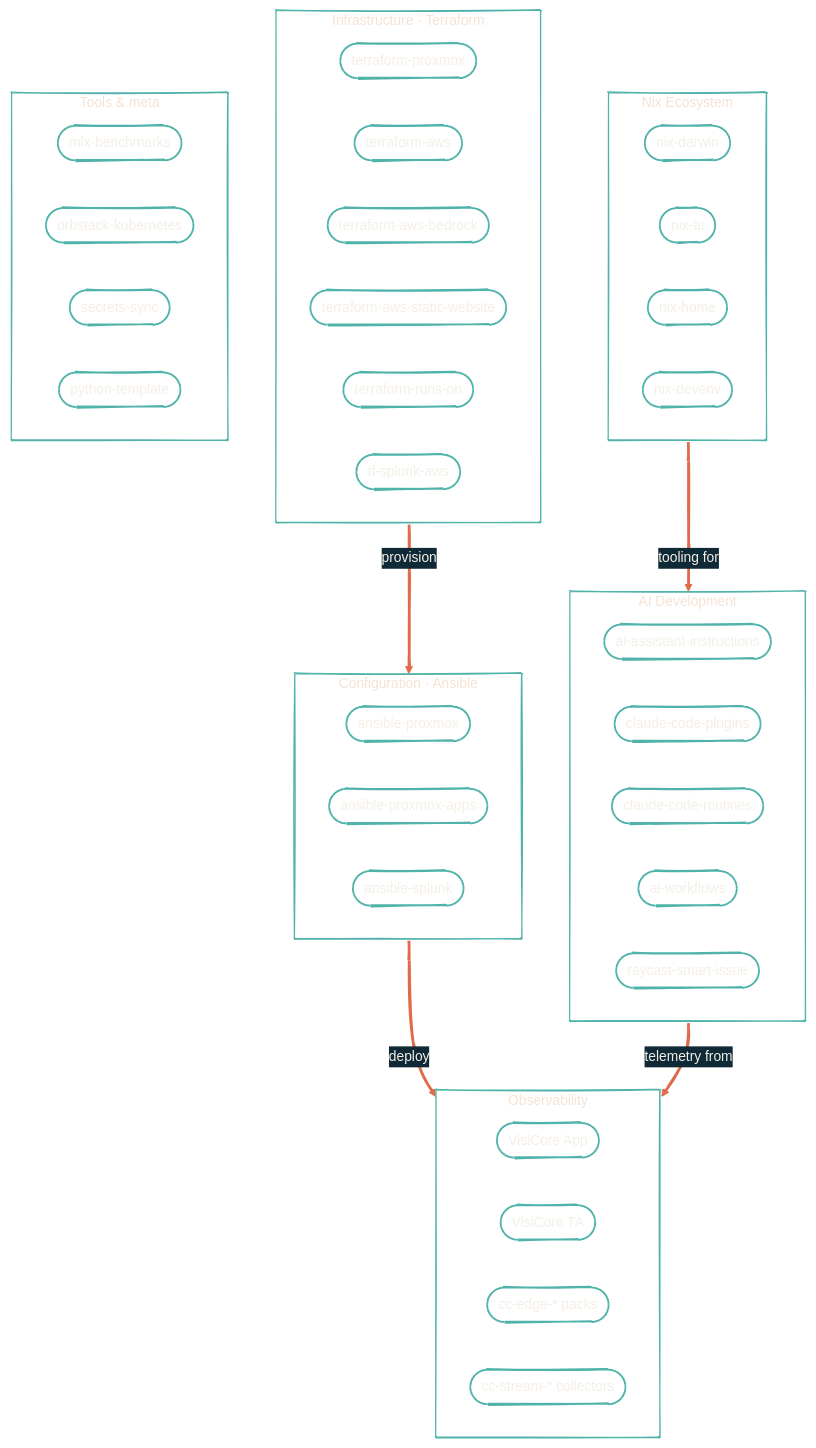
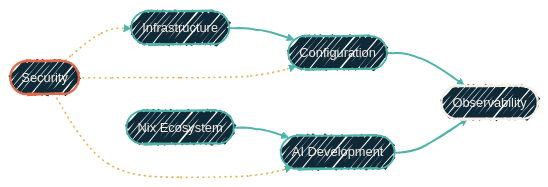
One commit to dryvist/docs changed the diagram in how-it-fits-together.mdx. Above: the diagram before and after it, drawn with Mermaid. The commit also changed other lines of this file and 45 other files, not shown here.

First line of the commit message:
docs: consolidate secrets management into Security section (#14)

````diff
--- a/how-it-fits-together.mdx
+++ b/how-it-fits-together.mdx
@@ -10,63 +36,29 @@
 ```mermaid
-%%{init: {'theme':'base','look':'handDrawn','themeVariables':{'primaryColor':'#4FB3A9','primaryTextColor':'#F4EFE6','primaryBorderColor':'#2F7E78','lineColor':'#E06B4A','secondaryColor':'#102937','tertiaryColor':'#0B1D2A','clusterBkg':'transparent','clusterBorder':'#4FB3A9','fontFamily':'Geist','fontSize':'15px'}}}%%
-flowchart TB
-  subgraph Inf["Infrastructure · Terraform"]
-    direction LR
-    tp(["terraform-proxmox"])
-    ta(["terraform-aws"])
-    tab(["terraform-aws-bedrock"])
-    tasw(["terraform-aws-static-website"])
-    tro(["terraform-runs-on"])
-    tsa(["tf-splunk-aws"])
-  end
+%%{init: {'theme':'base','look':'handDrawn','themeVariables':{'fontFamily':'Geist','fontSize':'14px','primaryColor':'#102937','primaryTextColor':'#F4EFE6','primaryBorderColor':'#4FB3A9','lineColor':'#4FB3A9','secondaryColor':'#0B1D2A','tertiaryColor':'#1A2A38','clusterBkg':'rgba(79,179,169,0.08)','clusterBorder':'#4FB3A9'}}}%%
+flowchart LR
+  Inf([Infrastructure])
+  Cfg([Configuration])
+  Obs([Observability])
+  Nix([Nix Ecosystem])
+  AI([AI Development])
+  Sec([Security])
 
-  subgraph Cfg["Configuration · Ansible"]
-    direction LR
-    ap(["ansible-proxmox"])
-    apa(["ansible-proxmox-apps"])
-    as(["ansible-splunk"])
-  end
+  Inf --> Cfg
+  Cfg --> Obs
+  Nix --> AI
+  AI --> Obs
+  Sec -.-> Inf
+  Sec -.-> Cfg
+  Sec -.-> AI
 
-  subgraph Nix["Nix Ecosystem"]
-    direction LR
-    nd(["nix-darwin"])
-    na(["nix-ai"])
-    nh(["nix-home"])
-    ndv(["nix-devenv"])
-  end
+  classDef stack    fill:#102937,stroke:#4FB3A9,stroke-width:2px,color:#F4EFE6;
+  classDef sink     fill:#102937,stroke:#F4EFE6,stroke-width:2.5px,color:#F4EFE6;
+  classDef gate     fill:#102937,stroke:#E06B4A,stroke-width:2.5px,color:#F4EFE6;
 
-  subgraph AI["AI Development"]
-    direction LR
-    aai(["ai-assistant-instructions"])
-    ccp(["claude-code-plugins"])
-    ccr(["claude-code-routines"])
-    aw(["ai-workflows"])
-    rsi(["raycast-smart-issue"])
-  end
+  class Inf,Cfg,Nix,AI stack
+  class Obs sink
+  class Sec gate
 
-  subgraph Obs["Observability"]
-    direction LR
-    vca(["VisiCore App"])
-    vct(["VisiCore TA"])
-    cco(["cc-edge-* packs"])
-    csg(["cc-stream-* collectors"])
-  end
-
-  subgraph Tools["Tools & meta"]
-    direction LR
-    mlx(["mlx-benchmarks"])
-    ok(["orbstack-kubernetes"])
-    ss(["secrets-sync"])
-    pt(["python-template"])
-  end
-
-  Inf -->|provision| Cfg
-  Cfg -->|deploy| Obs
-  Nix -->|tooling for| AI
-  AI -->|telemetry from| Obs
-
-  classDef cat fill:transparent,stroke:#4FB3A9,stroke-width:2px,color:#F4EFE6;
-  class tp,ta,tab,tasw,tro,tsa,ap,apa,as,nd,na,nh,ndv,aai,ccp,ccr,aw,rsi,vca,vct,cco,csg,mlx,ok,ss,pt cat;
-
-  linkStyle default stroke:#E06B4A,stroke-width:3px
+  linkStyle 0,1,2,3 stroke:#4FB3A9,stroke-width:2px;
+  linkStyle 4,5,6 stroke:#E6B35A,stroke-width:1.5px,stroke-dasharray:2 4;
 ```
````
